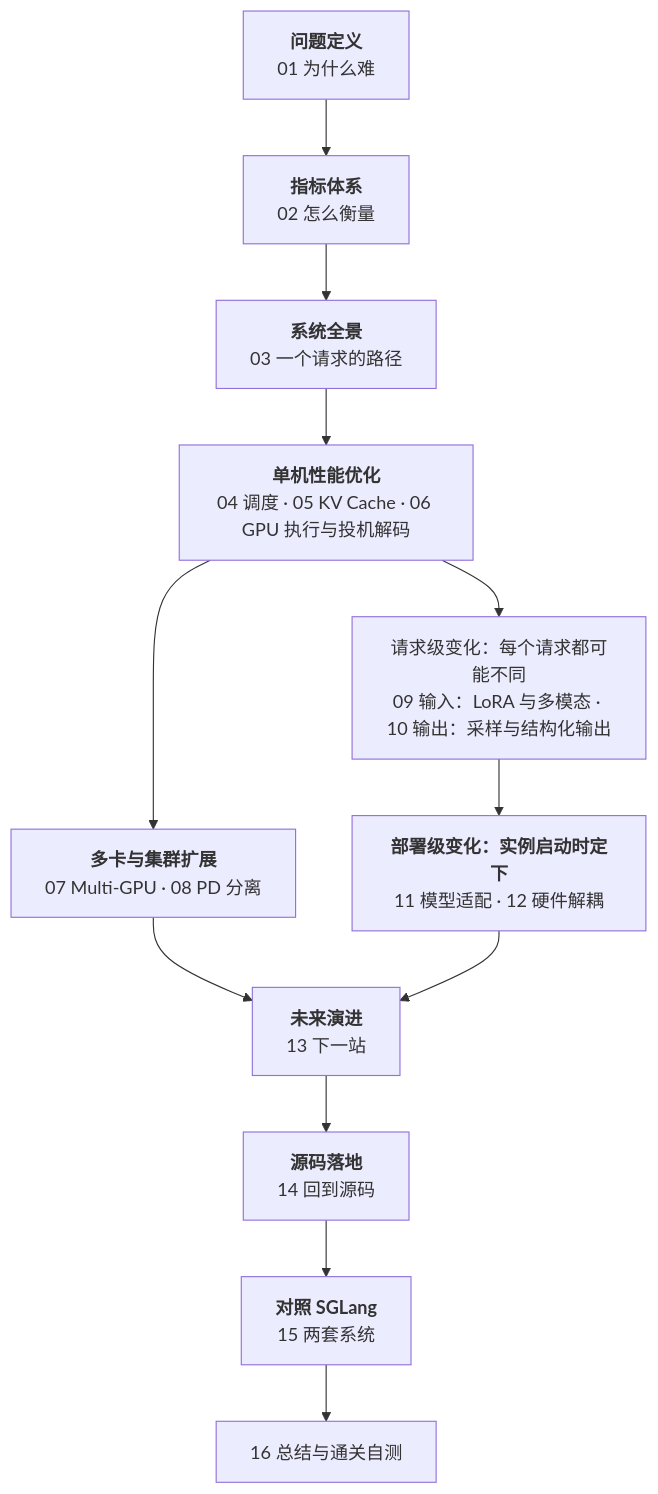
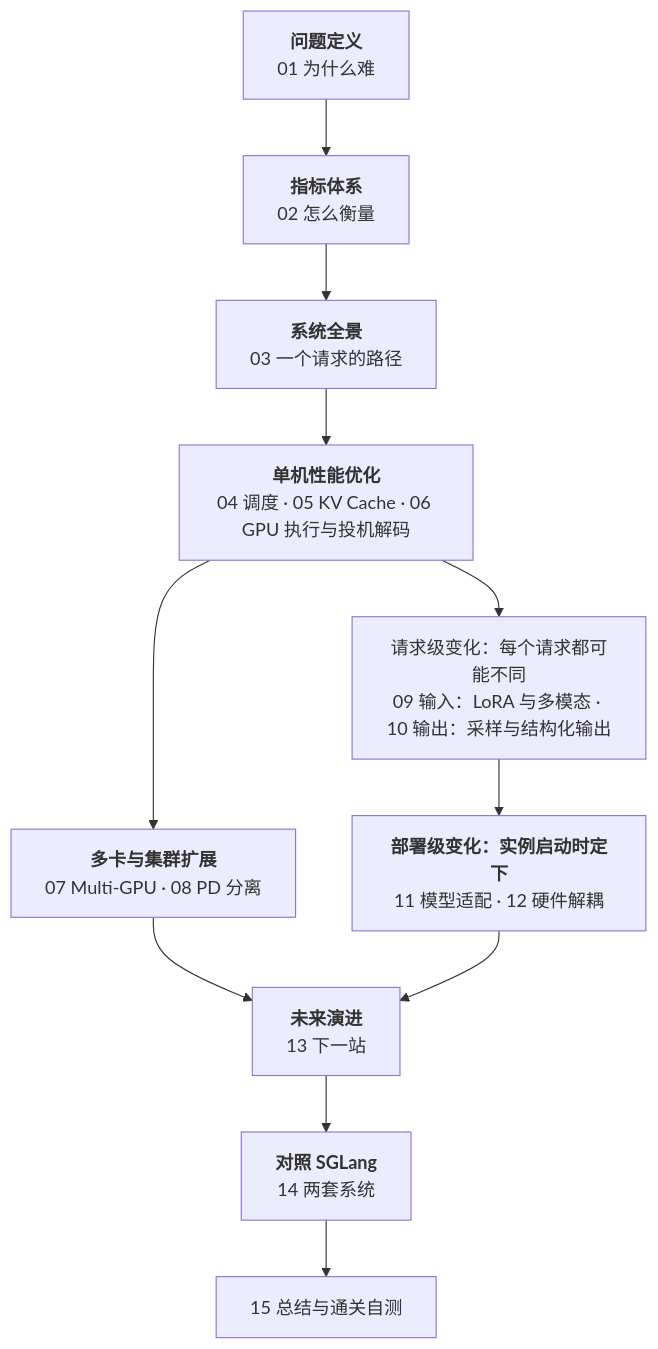
One commit to arganzheng/arganzheng.github.com changed the diagram in _posts/2026-08-11-deep-dive-into-vllm.md. Above: the diagram before and after it, drawn with Mermaid. The commit also changed other lines of this file and 14 other files, not shown here.

````diff
--- a/_posts/2026-08-11-deep-dive-into-vllm.md
+++ b/_posts/2026-08-11-deep-dive-into-vllm.md
@@ -106,12 +106,12 @@
 ```mermaid
-%% 图：系列主线：问题定义 → 指标体系 → 系统全景 → 单机性能优化 → 多卡与集群扩展 → 输入、输出、模型与硬件适配 → 未来演进 → 源码落地
+%% 图：系列主线：问题定义 → 指标体系 → 系统全景 → 单机性能优化 → 多卡与集群扩展 → 输入、输出、模型与硬件适配 → 未来演进 → 对照 SGLang
 flowchart TB
     P1["<b>问题定义</b><br/>01 为什么难"] --> P2["<b>指标体系</b><br/>02 怎么衡量"] --> P3["<b>系统全景</b><br/>03 一个请求的路径"]
     P3 --> P4["<b>单机性能优化</b><br/>04 调度 · 05 KV Cache · 06 GPU 执行与投机解码"]
     P4 --> P5["<b>多卡与集群扩展</b><br/>07 Multi-GPU · 08 PD 分离"]
     P4 --> P6["请求级变化：每个请求都可能不同<br/>09 输入：LoRA 与多模态 · 10 输出：采样与结构化输出"]
     P6 --> P6b["<b>部署级变化：实例启动时定下</b><br/>11 模型适配 · 12 硬件解耦"]
     P5 --> P7["<b>未来演进</b><br/>13 下一站"]
     P6b --> P7
-    P7 --> P8["<b>源码落地</b><br/>14 回到源码"] --> P9["<b>对照 SGLang</b><br/>15 两套系统"] --> P10["16 总结与通关自测"]
+    P7 --> P9["<b>对照 SGLang</b><br/>14 两套系统"] --> P10["15 总结与通关自测"]
 ```
````
